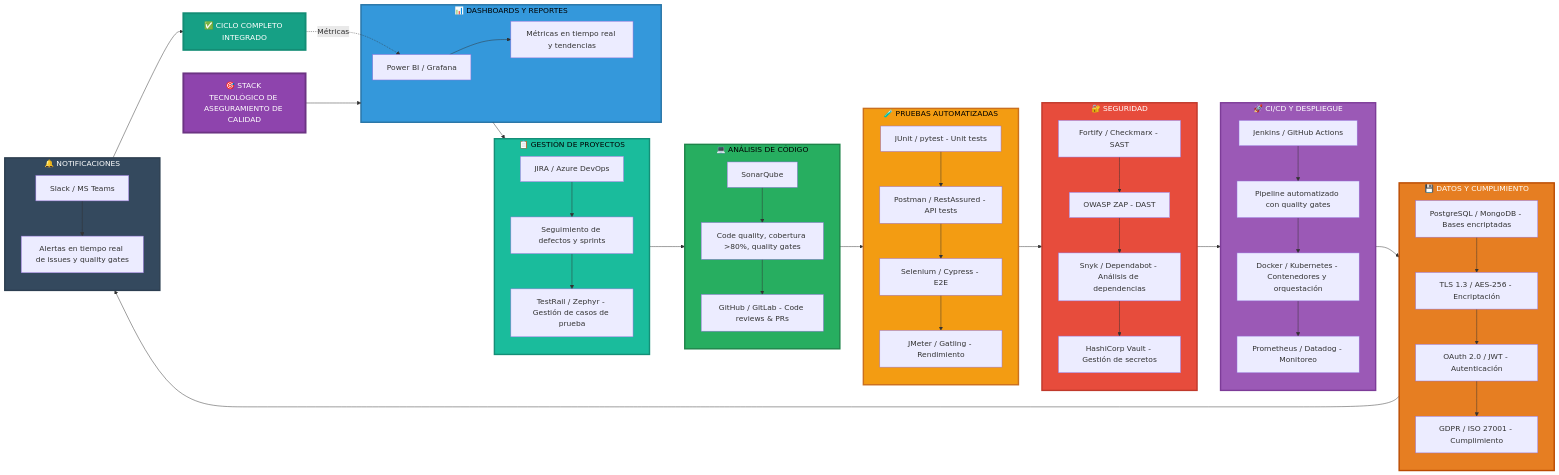
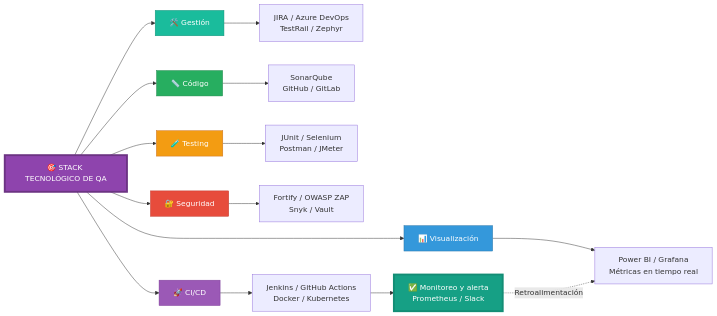
One commit to titoruizh/Topico_Ing_Software changed the fourth of 4 diagrams in README.md. Above: the diagram before and after it, drawn with Mermaid.

Commit message:
Revise QA technology stack diagram
Updated the QA technology stack diagram to group tools by key areas and removed unnecessary sections on project management, code analysis, automated testing, security, CI/CD, data compliance, and notifications.

````diff
--- a/README.md
+++ b/README.md
@@ -111,86 +111,40 @@
 ```mermaid
 graph LR
-    START[🎯 STACK TECNOLÓGICO DE ASEGURAMIENTO DE CALIDAD]
+    START[🎯 STACK TECNOLÓGICO DE QA]
 
-    %% Dashboards
-    subgraph CAPA1["📊 DASHBOARDS Y REPORTES"]
-        A1[Power BI / Grafana]
-        A2[Métricas en tiempo real y tendencias]
-        A1 --> A2
-    end
+    %% Agrupando herramientas por áreas clave
+    START --> A[📊 Visualización]
+    START --> B[🛠️ Gestión]
+    START --> C[📏 Código]
+    START --> D[🧪 Testing]
+    
+    A --> A1[Power BI / Grafana<br>Métricas en tiempo real]
+    
+    B --> B1[JIRA / Azure DevOps<br>TestRail / Zephyr]
+    
+    C --> C1[SonarQube<br>GitHub / GitLab]
+    
+    D --> D1[JUnit / Selenium<br>Postman / JMeter]
 
-    %% Gestión de proyectos
-    subgraph CAPA2["📋 GESTIÓN DE PROYECTOS"]
-        B1[JIRA / Azure DevOps]
-        B2[Seguimiento de defectos y sprints]
-        B3[TestRail / Zephyr - Gestión de casos de prueba]
-        B1 --> B2 --> B3
-    end
-
-    %% Análisis de código
-    subgraph CAPA3["💻 ANÁLISIS DE CÓDIGO"]
-        C1[SonarQube]
-        C2[Code quality, cobertura >80%, quality gates]
-        C3[GitHub / GitLab - Code reviews & PRs]
-        C1 --> C2 --> C3
-    end
-
-    %% Pruebas automatizadas
-    subgraph CAPA4["🧪 PRUEBAS AUTOMATIZADAS"]
-        D1[JUnit / pytest - Unit tests]
-        D2[Postman / RestAssured - API tests]
-        D3[Selenium / Cypress - E2E]
-        D4[JMeter / Gatling - Rendimiento]
-        D1 --> D2 --> D3 --> D4
-    end
-
-    %% Seguridad
-    subgraph CAPA5["🔐 SEGURIDAD"]
-        E1[Fortify / Checkmarx - SAST]
-        E2[OWASP ZAP - DAST]
-        E3[Snyk / Dependabot - Análisis de dependencias]
-        E4[HashiCorp Vault - Gestión de secretos]
-        E1 --> E2 --> E3 --> E4
-    end
-
-    %% CI/CD y despliegue
-    subgraph CAPA6["🚀 CI/CD Y DESPLIEGUE"]
-        F1[Jenkins / GitHub Actions]
-        F2[Pipeline automatizado con quality gates]
-        F3[Docker / Kubernetes - Contenedores y orquestación]
-        F4[Prometheus / Datadog - Monitoreo]
-        F1 --> F2 --> F3 --> F4
-    end
-
-    %% Datos y cumplimiento
-    subgraph CAPA7["💾 DATOS Y CUMPLIMIENTO"]
-        G1[PostgreSQL / MongoDB - Bases encriptadas]
-        G2[TLS 1.3 / AES-256 - Encriptación]
-        G3[OAuth 2.0 / JWT - Autenticación]
-        G4[GDPR / ISO 27001 - Cumplimiento]
-        G1 --> G2 --> G3 --> G4
-    end
-
-    %% Notificaciones
-    subgraph CAPA8["🔔 NOTIFICACIONES"]
-        H1[Slack / MS Teams]
-        H2[Alertas en tiempo real de issues y quality gates]
-        H1 --> H2
-    end
-
-    %% Conexiones horizontales y ciclo
-    START --> CAPA1 --> CAPA2 --> CAPA3 --> CAPA4 --> CAPA5 --> CAPA6 --> CAPA7 --> CAPA8 --> FIN[✅ CICLO COMPLETO INTEGRADO]
-    FIN -.->|Métricas| A1
+    %% Seguridad y despliegue
+    START --> E[🔐 Seguridad]
+    START --> F[🚀 CI/CD]
+    
+    E --> E1[Fortify / OWASP ZAP<br>Snyk / Vault]
+    
+    F --> F1[Jenkins / GitHub Actions<br>Docker / Kubernetes]
+    
+    %% Ciclo completo
+    F1 --> FIN[✅ Monitoreo y alerta<br>Prometheus / Slack]
+    FIN -.->|Retroalimentación| A1
 
     %% Estilos
-    style START fill:#8E44AD,stroke:#6C3483,stroke-width:4px,color:#FFF,font-size:16px
-    style CAPA1 fill:#3498DB,stroke:#2874A6,stroke-width:3px,color:#000
-    style CAPA2 fill:#1ABC9C,stroke:#148F77,stroke-width:3px,color:#000
-    style CAPA3 fill:#27AE60,stroke:#1E8449,stroke-width:3px,color:#000
-    style CAPA4 fill:#F39C12,stroke:#CA6F1E,stroke-width:3px,color:#000
-    style CAPA5 fill:#E74C3C,stroke:#C0392B,stroke-width:3px,color:#FFF
-    style CAPA6 fill:#9B59B6,stroke:#7D3C98,stroke-width:3px,color:#FFF
-    style CAPA7 fill:#E67E22,stroke:#BA4A00,stroke-width:3px,color:#FFF
-    style CAPA8 fill:#34495E,stroke:#2C3E50,stroke-width:3px,color:#FFF
-    style FIN fill:#16A085,stroke:#138D75,stroke-width:4px,color:#FFF,font-size:16px
+    style START fill:#8E44AD,stroke:#6C3483,stroke-width:4px,color:#FFF
+    style A fill:#3498DB,stroke:#2874A6,color:#FFF
+    style B fill:#1ABC9C,stroke:#148F77,color:#FFF
+    style C fill:#27AE60,stroke:#1E8449,color:#FFF
+    style D fill:#F39C12,stroke:#CA6F1E,color:#FFF
+    style E fill:#E74C3C,stroke:#C0392B,color:#FFF
+    style F fill:#9B59B6,stroke:#7D3C98,color:#FFF
+    style FIN fill:#16A085,stroke:#138D75,stroke-width:4px,color:#FFF
 ```
````
